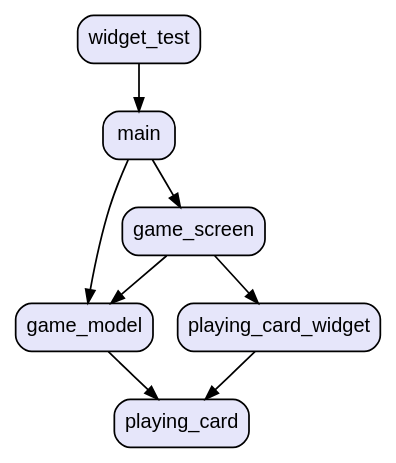
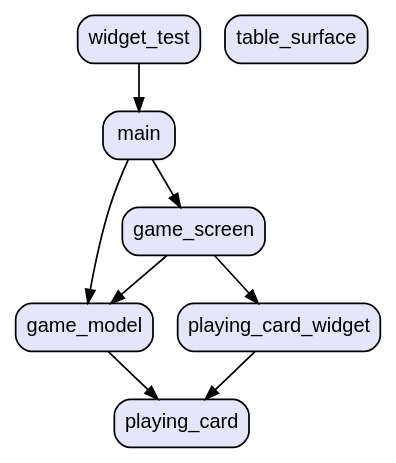
The diagram in graph.dot (vteam-com/cards), drawn with Graphviz before and after one commit. The commit also changed 7 other files, not shown here.

```diff
--- a/graph.dot
+++ b/graph.dot
@@ -1,18 +1,19 @@
 digraph "" {
   graph [style=rounded fontname="Arial Black" fontsize=13 penwidth=2.6];
   node [shape=rect style="filled,rounded" fontname=Arial fontsize=15 fillcolor=Lavender penwidth=1.3];
   edge [penwidth=1.3];
   "/lib/game_model.dart" [label="game_model"];
   "/lib/game_screen.dart" [label="game_screen"];
   "/lib/main.dart" [label="main"];
   "/lib/playing_card.dart" [label="playing_card"];
   "/lib/playing_card_widget.dart" [label="playing_card_widget"];
+  "/lib/widgets/table_surface.dart" [label="table_surface"];
   "/test/widget_test.dart" [label="widget_test"];
   "/lib/game_model.dart" -> "/lib/playing_card.dart";
   "/lib/game_screen.dart" -> "/lib/game_model.dart";
   "/lib/game_screen.dart" -> "/lib/playing_card_widget.dart";
   "/lib/main.dart" -> "/lib/game_model.dart";
   "/lib/main.dart" -> "/lib/game_screen.dart";
   "/lib/playing_card_widget.dart" -> "/lib/playing_card.dart";
   "/test/widget_test.dart" -> "/lib/main.dart";
 }
```
